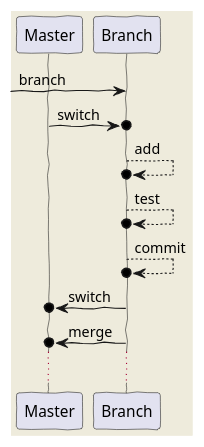
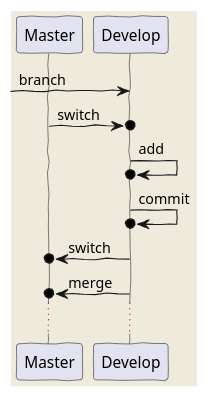
One commit to braboj/tutorial-git changed the diagram in assets/git_branching_diagram.puml. Above: the diagram before and after it, drawn with PlantUML. The commit also changed 8 other files, not shown here.

Commit message:
Update of the git diagrams

```diff
--- a/assets/git_branching_diagram.puml
+++ b/assets/git_branching_diagram.puml
@@ -1,23 +1,22 @@
 @startuml
 
 'Configuration
 skinparam lifelineStrategy solid
 skinparam backgroundColor #EEEBDC
 skinparam handwritten true
 
 'Participants
 participant Master
-participant Branch
+participant Develop
 
 'Diagram
-[-> Branch          : branch
-Master ->o Branch   : switch
-Branch -->o Branch  : add
-Branch -->o Branch  : test
-Branch -->o Branch  : commit
-Branch ->o Master   : switch
-Branch ->o Master   : merge
+[-> Develop             : branch
+Master ->o Develop      : switch
+Develop ->o Develop     : add
+Develop ->o Develop     : commit
+Develop ->o Master      : switch
+Develop ->o Master      : merge
 
 ...
 
 @enduml
```
